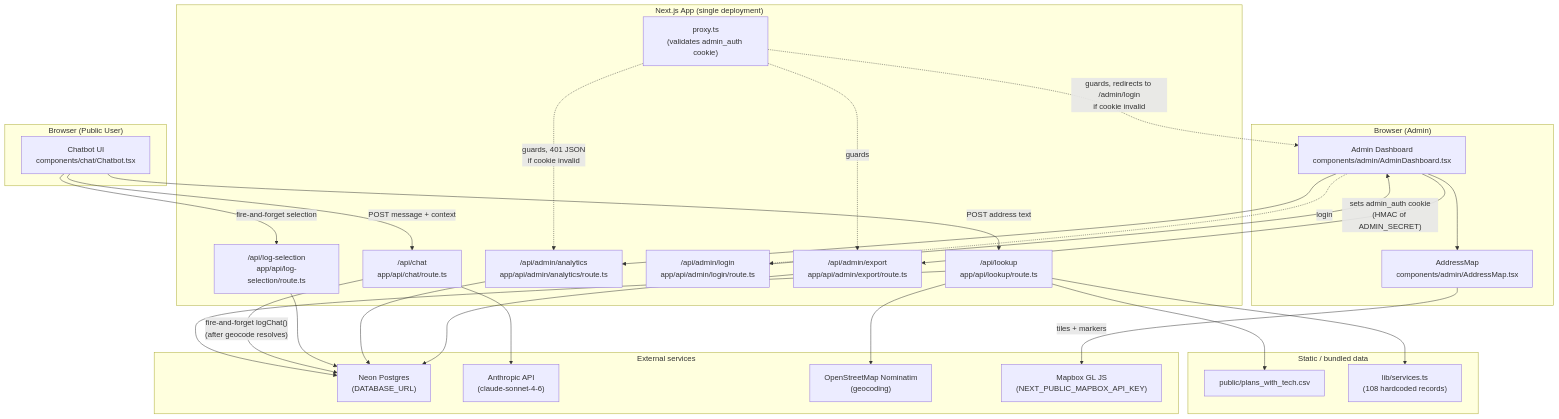
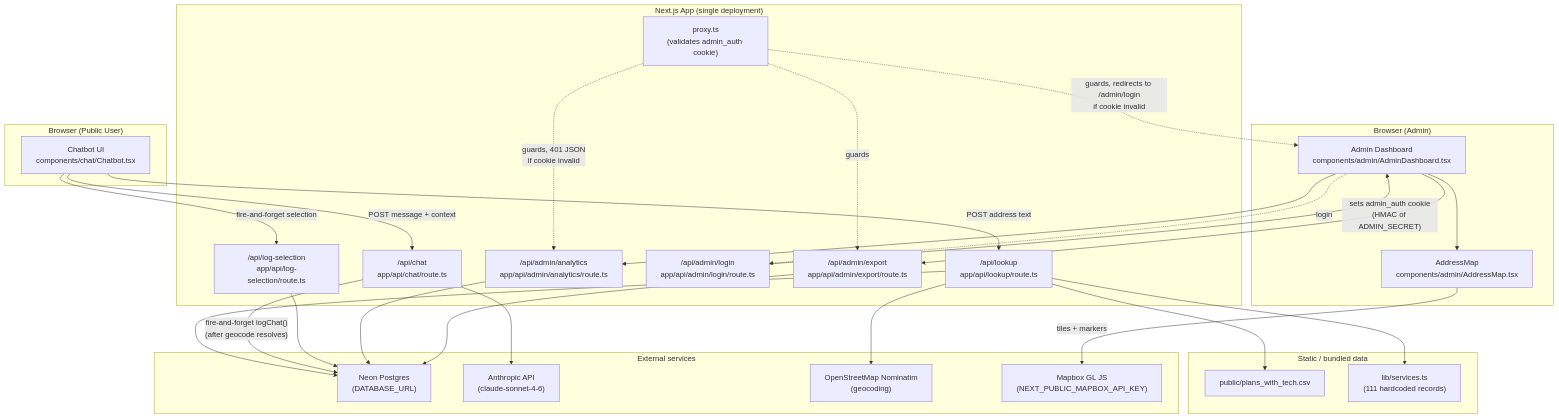
The first of 3 diagrams in ARCHITECTURE.md (HRAAdvisors/cc-chatbot-dev), drawn with Mermaid before and after one commit. The commit also changed other lines of this file and 4 other files, not shown here.

````diff
--- a/ARCHITECTURE.md
+++ b/ARCHITECTURE.md
@@ -7,55 +7,55 @@
 ```mermaid
 graph TB
     subgraph Browser["Browser (Public User)"]
         UI["Chatbot UI\ncomponents/chat/Chatbot.tsx"]
     end
 
     subgraph AdminBrowser["Browser (Admin)"]
         AdminUI["Admin Dashboard\ncomponents/admin/AdminDashboard.tsx"]
         Map["AddressMap\ncomponents/admin/AddressMap.tsx"]
     end
 
     subgraph NextApp["Next.js App (single deployment)"]
         Lookup["/api/lookup\napp/api/lookup/route.ts"]
         Chat["/api/chat\napp/api/chat/route.ts"]
         LogSelection["/api/log-selection\napp/api/log-selection/route.ts"]
         AdminLogin["/api/admin/login\napp/api/admin/login/route.ts"]
         AdminAnalytics["/api/admin/analytics\napp/api/admin/analytics/route.ts"]
         AdminExport["/api/admin/export\napp/api/admin/export/route.ts"]
         Proxy["proxy.ts\n(validates admin_auth cookie)"]
     end
 
     subgraph Data["Static / bundled data"]
         CSV["public/plans_with_tech.csv"]
-        Services["lib/services.ts\n(108 hardcoded records)"]
+        Services["lib/services.ts\n(111 hardcoded records)"]
     end
 
     subgraph External["External services"]
         Neon["Neon Postgres\n(DATABASE_URL)"]
         Anthropic["Anthropic API\n(claude-sonnet-4-6)"]
         Nominatim["OpenStreetMap Nominatim\n(geocoding)"]
         Mapbox["Mapbox GL JS\n(NEXT_PUBLIC_MAPBOX_API_KEY)"]
     end
 
     UI -->|"POST address text"| Lookup
     UI -->|"POST message + context"| Chat
     UI -->|"fire-and-forget selection"| LogSelection
     Lookup --> Neon
     Lookup --> Nominatim
     Lookup --> CSV
     Lookup --> Services
     Chat --> Anthropic
     Chat -->|"fire-and-forget logChat()\n(after geocode resolves)"| Neon
     LogSelection --> Neon
     AdminUI --> AdminAnalytics
     AdminUI --> AdminExport
     AdminUI --> Map
     Map -->|"tiles + markers"| Mapbox
     AdminAnalytics --> Neon
     AdminExport --> Neon
     AdminUI -.->|"login"| AdminLogin
     AdminLogin -->|"sets admin_auth cookie\n(HMAC of ADMIN_SECRET)"| AdminUI
     Proxy -.->|"guards, redirects to /admin/login\nif cookie invalid"| AdminUI
     Proxy -.->|"guards, 401 JSON\nif cookie invalid"| AdminAnalytics
     Proxy -.->|"guards"| AdminExport
 ```
````
